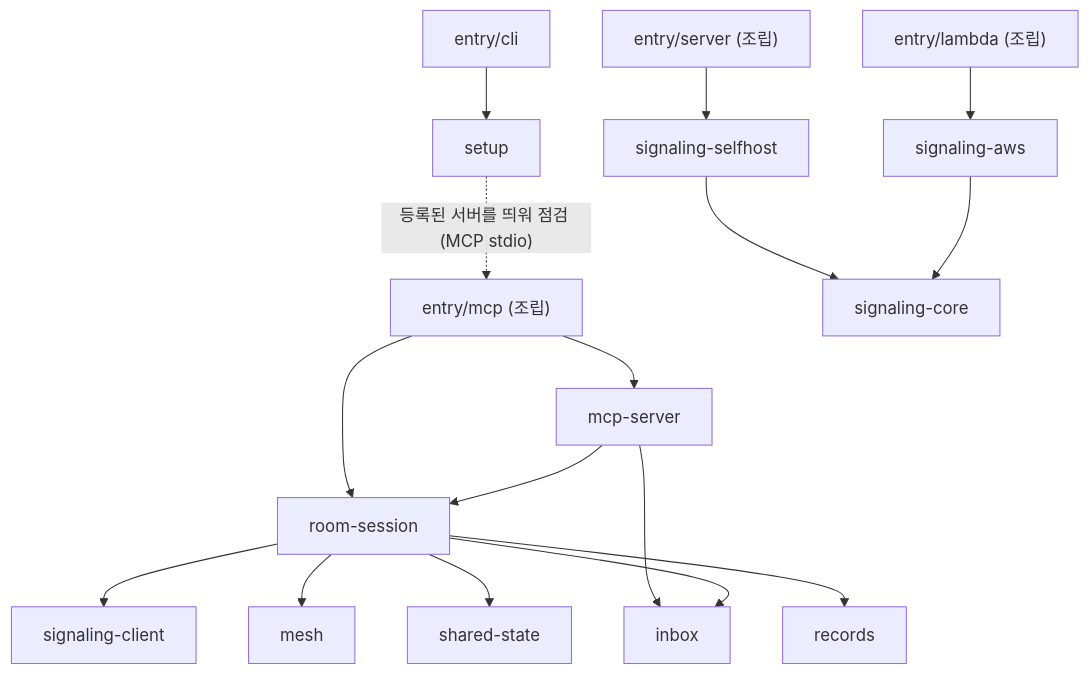
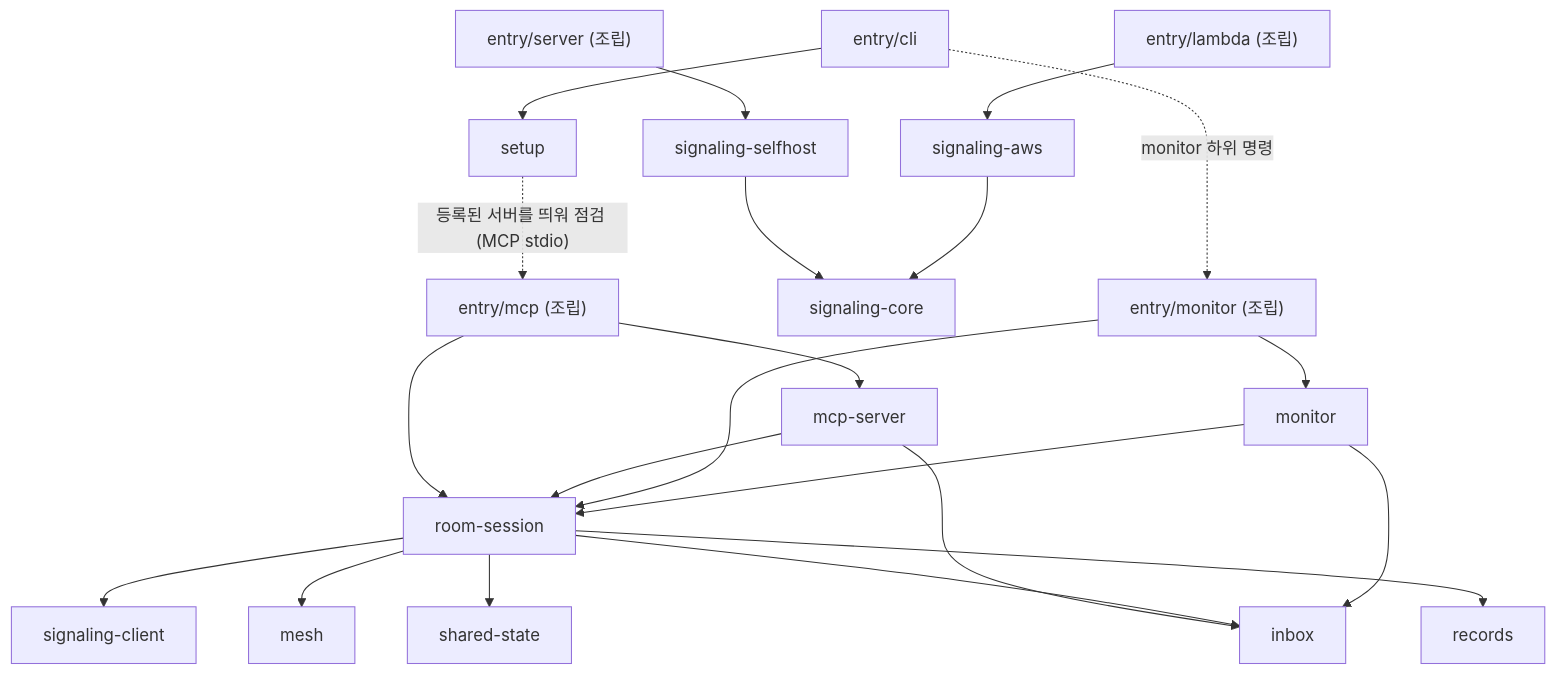
The second of 2 diagrams in docs/design/architecture.md (ryujt/AgentChat), drawn with Mermaid before and after one commit. The commit also changed other lines of this file and 96 other files, not shown here.

````diff
--- a/docs/design/architecture.md
+++ b/docs/design/architecture.md
@@ -61,18 +64,23 @@
 ```mermaid
 flowchart TD
   EM["entry/mcp (조립)"] --> MCP["mcp-server"]
   EM --> RS["room-session"]
   MCP --> RS
   MCP --> IB["inbox"]
   RS --> SC["signaling-client"]
   RS --> ME["mesh"]
   RS --> SS["shared-state"]
   RS --> IB
   RS --> RC["records"]
   ES["entry/server (조립)"] --> SH["signaling-selfhost"]
   EL["entry/lambda (조립)"] --> SA["signaling-aws"]
   SH --> CORE["signaling-core"]
   SA --> CORE
   EC["entry/cli"] --> SU["setup"]
   SU -.->|"등록된 서버를 띄워 점검 (MCP stdio)"| EM
+  EC -.->|"monitor 하위 명령"| EO["entry/monitor (조립)"]
+  EO --> MO["monitor"]
+  EO --> RS
+  MO --> RS
+  MO --> IB
 ```
````
